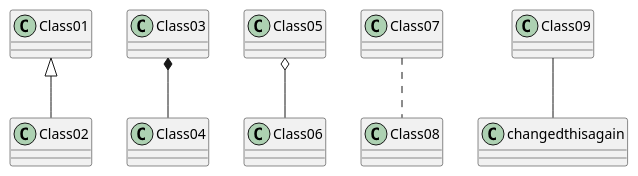
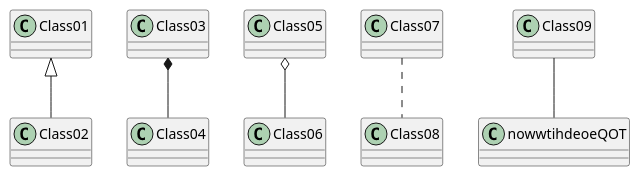
The diagram in meilenstein_03/test.puml (weichware10/meilensteine), drawn with PlantUML before and after one commit.

Commit message:
SHOULDNT WORK SHOULD IT

```diff
--- a/meilenstein_03/test.puml
+++ b/meilenstein_03/test.puml
@@ -1,7 +1,7 @@
 @startuml test
 Class01 <|-- Class02
 Class03 *-- Class04
 Class05 o-- Class06
 Class07 .. Class08
-Class09 -- changedthisagain
+Class09 -- nowwtihdeoeQOT
 @enduml
```
